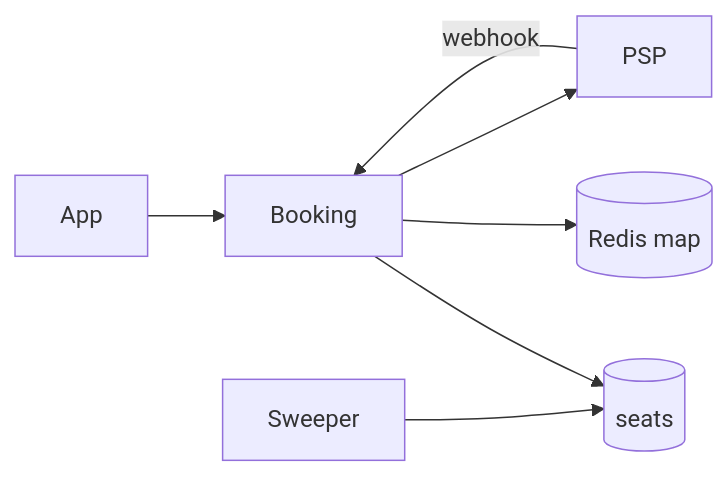
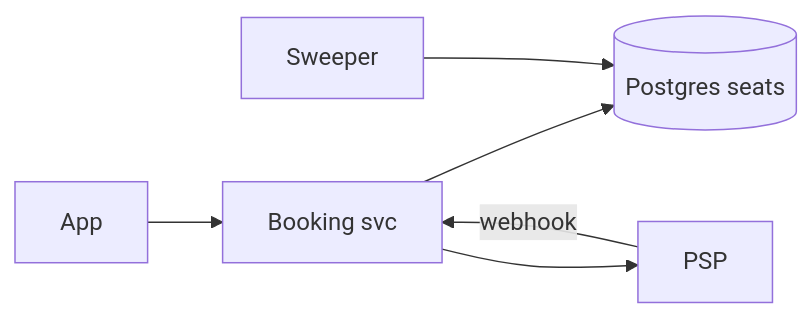
Before and after one commit to zekkrron/cs-knowledge-base: the first of 2 diagrams in HLD/Problems/06 - Seat Booking.md, drawn with Mermaid. The commit also changed other lines of this file and 109 other files, not shown here.

````diff
--- a/HLD/Problems/06 - Seat Booking.md
+++ b/HLD/Problems/06 - Seat Booking.md
@@ -66,9 +124,8 @@
 ```mermaid
 flowchart LR
-  C[App] --> API[Booking]
-  API --> PG[(seats)]
-  API --> Cache[(Redis map)]
-  API --> PSP[PSP]
-  PSP -->|webhook| API
-  Sw[Sweeper] --> PG
+    C[App] --> B[Booking svc]
+    B --> PG[(Postgres seats)]
+    B --> PSP[PSP]
+    PSP -->|webhook| B
+    SW[Sweeper] --> PG
 ```
````
